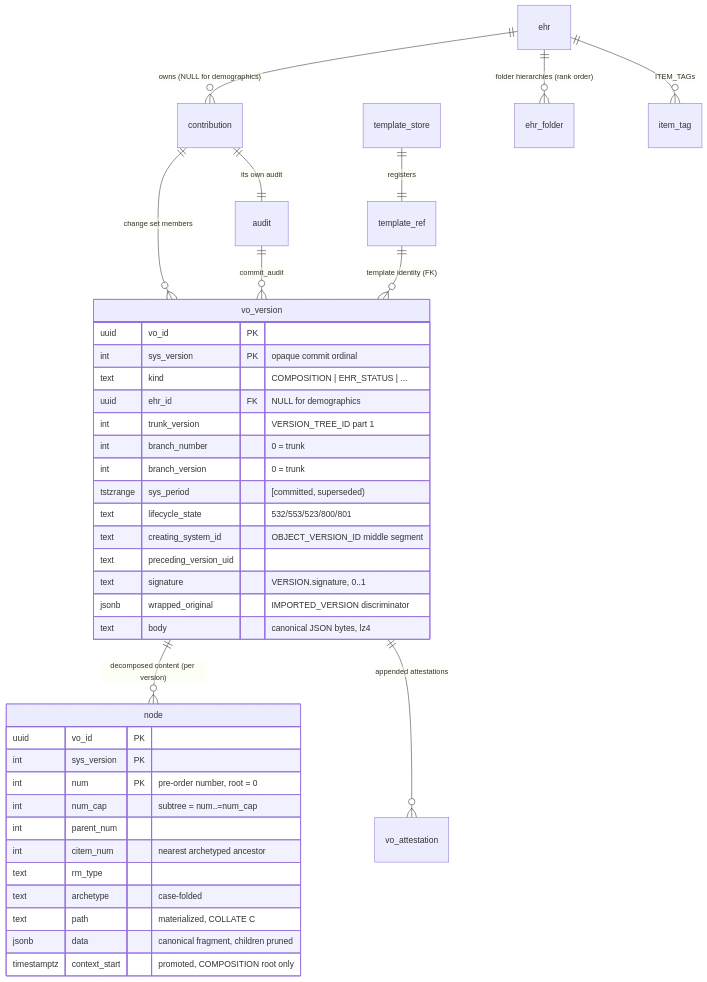
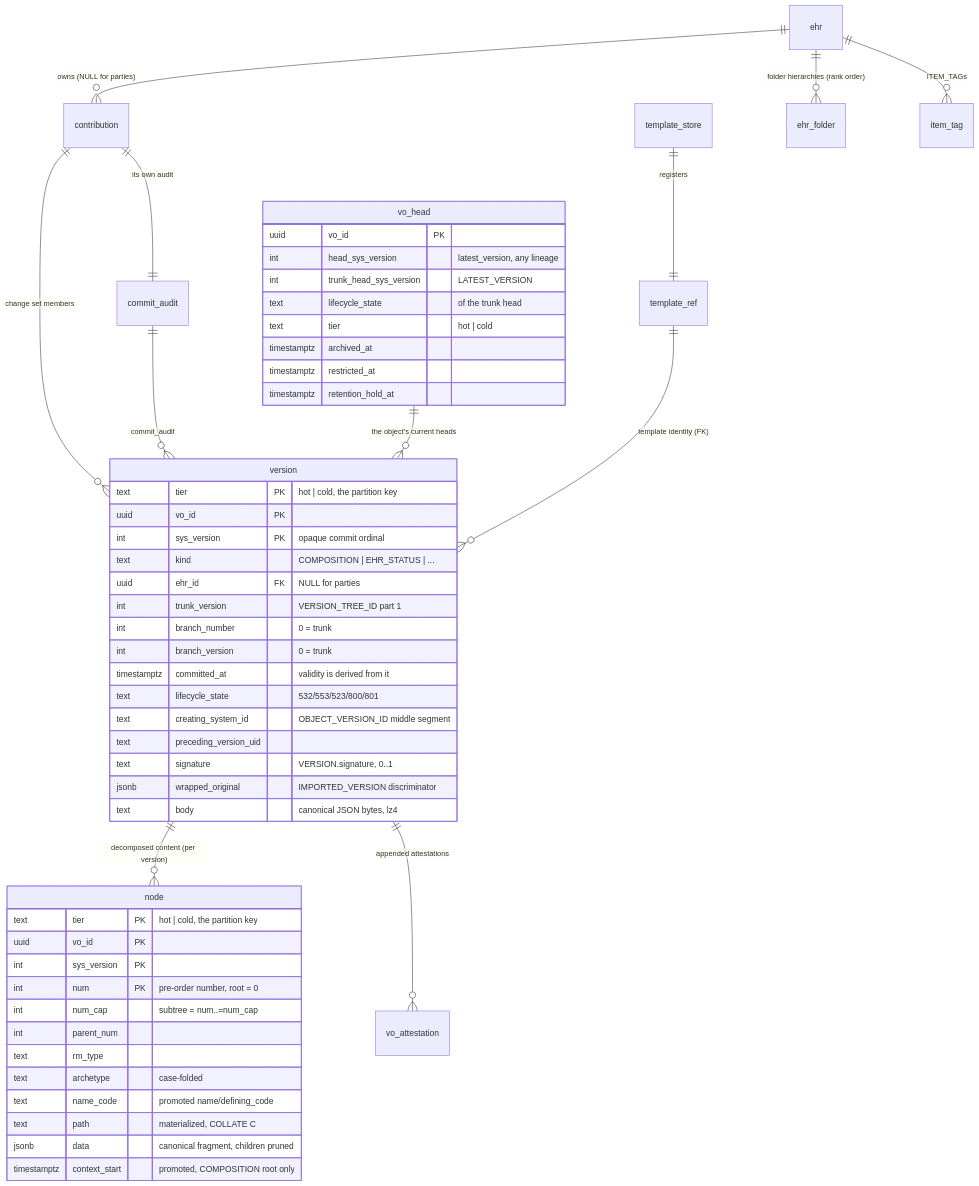
Before and after one commit to rubentalstra/FerroEHR: the second of 6 diagrams in website/book/src/concepts/storage.md, drawn with Mermaid. The commit also changed other lines of this file and 2 other files, not shown here.

First line of the commit message:
docs: the storage page, the architecture record and the security chapter describe the second generation

````diff
--- a/website/book/src/concepts/storage.md
+++ b/website/book/src/concepts/storage.md
@@ -105,43 +109,56 @@
 ```mermaid
 erDiagram
-    ehr ||--o{ contribution : "owns (NULL for demographics)"
-    contribution ||--|| audit : "its own audit"
-    contribution ||--o{ vo_version : "change set members"
-    audit ||--o{ vo_version : "commit_audit"
-    vo_version ||--o{ node : "decomposed content (per version)"
-    vo_version ||--o{ vo_attestation : "appended attestations"
-    template_ref ||--o{ vo_version : "template identity (FK)"
+    ehr ||--o{ contribution : "owns (NULL for parties)"
+    contribution ||--|| commit_audit : "its own audit"
+    contribution ||--o{ version : "change set members"
+    commit_audit ||--o{ version : "commit_audit"
+    vo_head ||--o{ version : "the object's current heads"
+    version ||--o{ node : "decomposed content (per version)"
+    version ||--o{ vo_attestation : "appended attestations"
+    template_ref ||--o{ version : "template identity (FK)"
     template_store ||--|| template_ref : "registers"
     ehr ||--o{ ehr_folder : "folder hierarchies (rank order)"
     ehr ||--o{ item_tag : "ITEM_TAGs"
 
-    vo_version {
+    version {
+        text tier PK "hot | cold, the partition key"
         uuid vo_id PK
         int sys_version PK "opaque commit ordinal"
         text kind "COMPOSITION | EHR_STATUS | ..."
-        uuid ehr_id FK "NULL for demographics"
+        uuid ehr_id FK "NULL for parties"
         int trunk_version "VERSION_TREE_ID part 1"
         int branch_number "0 = trunk"
         int branch_version "0 = trunk"
-        tstzrange sys_period "[committed, superseded)"
+        timestamptz committed_at "validity is derived from it"
         text lifecycle_state "532/553/523/800/801"
         text creating_system_id "OBJECT_VERSION_ID middle segment"
         text preceding_version_uid
         text signature "VERSION.signature, 0..1"
         jsonb wrapped_original "IMPORTED_VERSION discriminator"
         text body "canonical JSON bytes, lz4"
     }
+    vo_head {
+        uuid vo_id PK
+        int head_sys_version "latest_version, any lineage"
+        int trunk_head_sys_version "LATEST_VERSION"
+        text lifecycle_state "of the trunk head"
+        text tier "hot | cold"
+        timestamptz archived_at
+        timestamptz restricted_at
+        timestamptz retention_hold_at
+    }
     node {
+        text tier PK "hot | cold, the partition key"
         uuid vo_id PK
         int sys_version PK
         int num PK "pre-order number, root = 0"
         int num_cap "subtree = num..=num_cap"
         int parent_num
-        int citem_num "nearest archetyped ancestor"
         text rm_type
         text archetype "case-folded"
+        text name_code "promoted name/defining_code"
         text path "materialized, COLLATE C"
         jsonb data "canonical fragment, children pruned"
         timestamptz context_start "promoted, COMPOSITION root only"
     }
 ```
````
